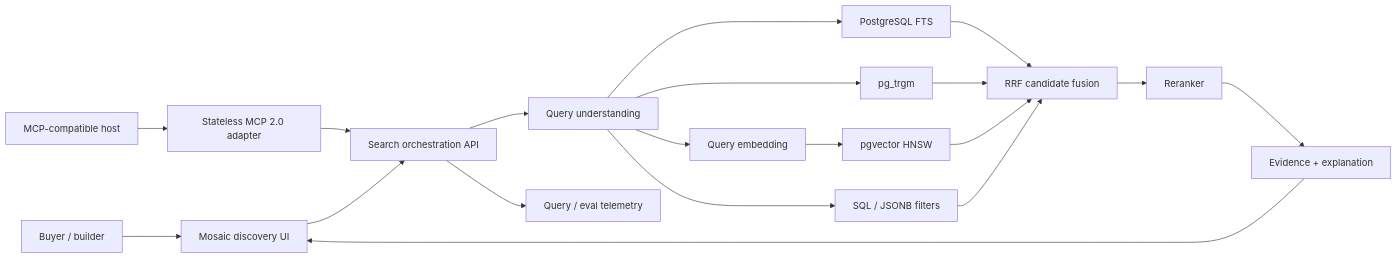
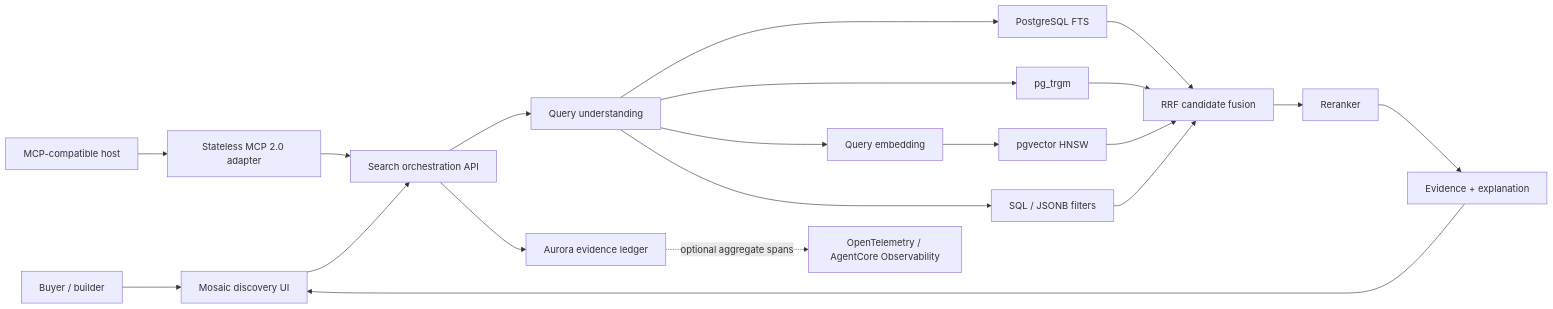
Before and after one commit to aws-samples/sample-agentic-hybrid-retrieval-aurora-postgresql: the first of 2 diagrams in docs/architecture.md, drawn with Mermaid. The commit also changed other lines of this file and 16 other files, not shown here.

````diff
--- a/docs/architecture.md
+++ b/docs/architecture.md
@@ -5,21 +5,22 @@
 ```mermaid
 flowchart LR
     U[Buyer / builder] --> UI[Mosaic discovery UI]
     H[MCP-compatible host] --> MCP[Stateless MCP 2.0 adapter]
     MCP --> API
     UI --> API[Search orchestration API]
     API --> Q[Query understanding]
     Q --> FTS[PostgreSQL FTS]
     Q --> TRI[pg_trgm]
     Q --> EMB[Query embedding]
     EMB --> HNSW[pgvector HNSW]
     Q --> FIL[SQL / JSONB filters]
     FTS --> FUSE[RRF candidate fusion]
     TRI --> FUSE
     HNSW --> FUSE
     FIL --> FUSE
     FUSE --> RR[Reranker]
     RR --> EV[Evidence + explanation]
     EV --> UI
-    API --> LOG[Query / eval telemetry]
+    API --> LOG[Aurora evidence ledger]
+    LOG -. optional aggregate spans .-> OTEL[OpenTelemetry / AgentCore Observability]
 ```
````
